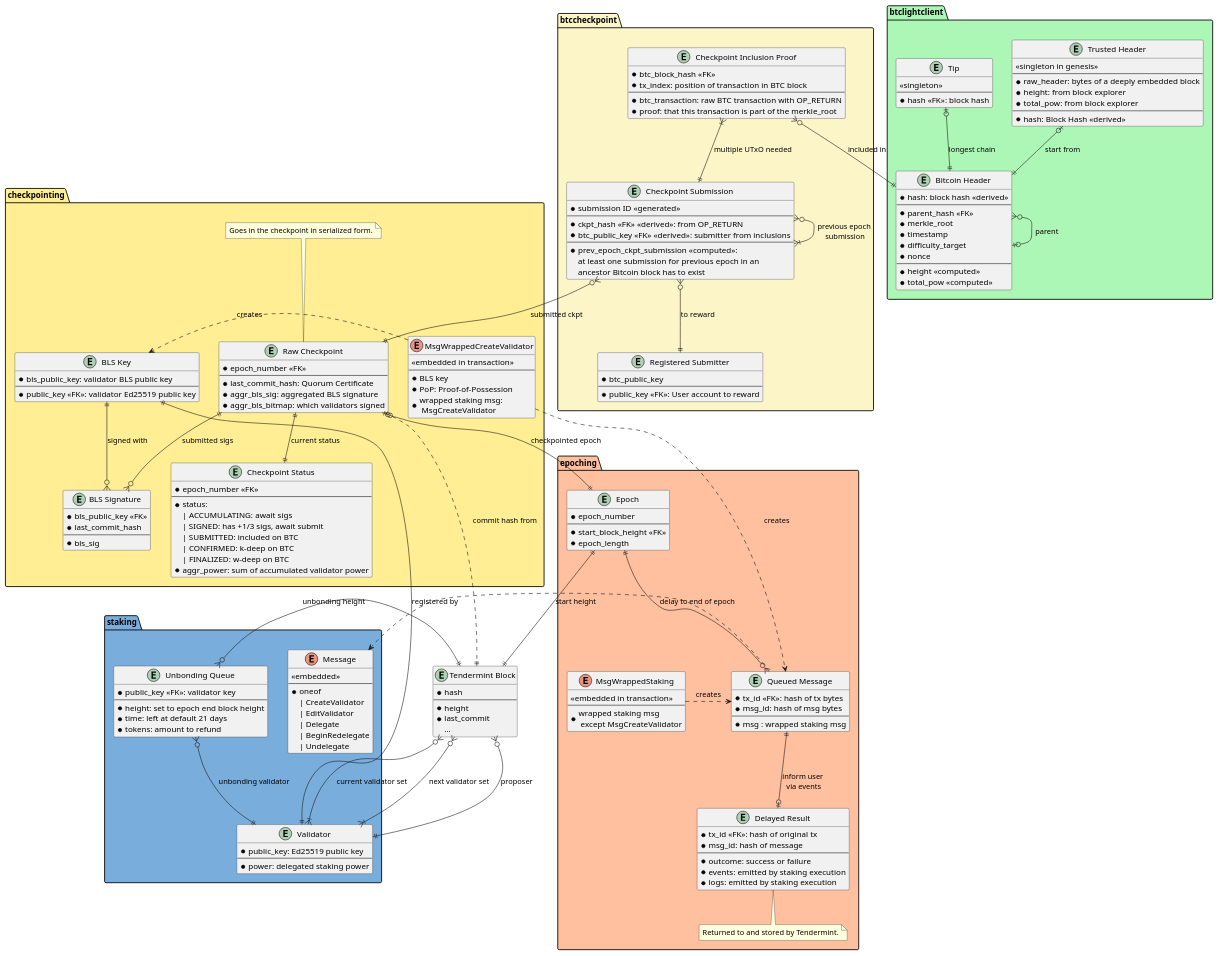
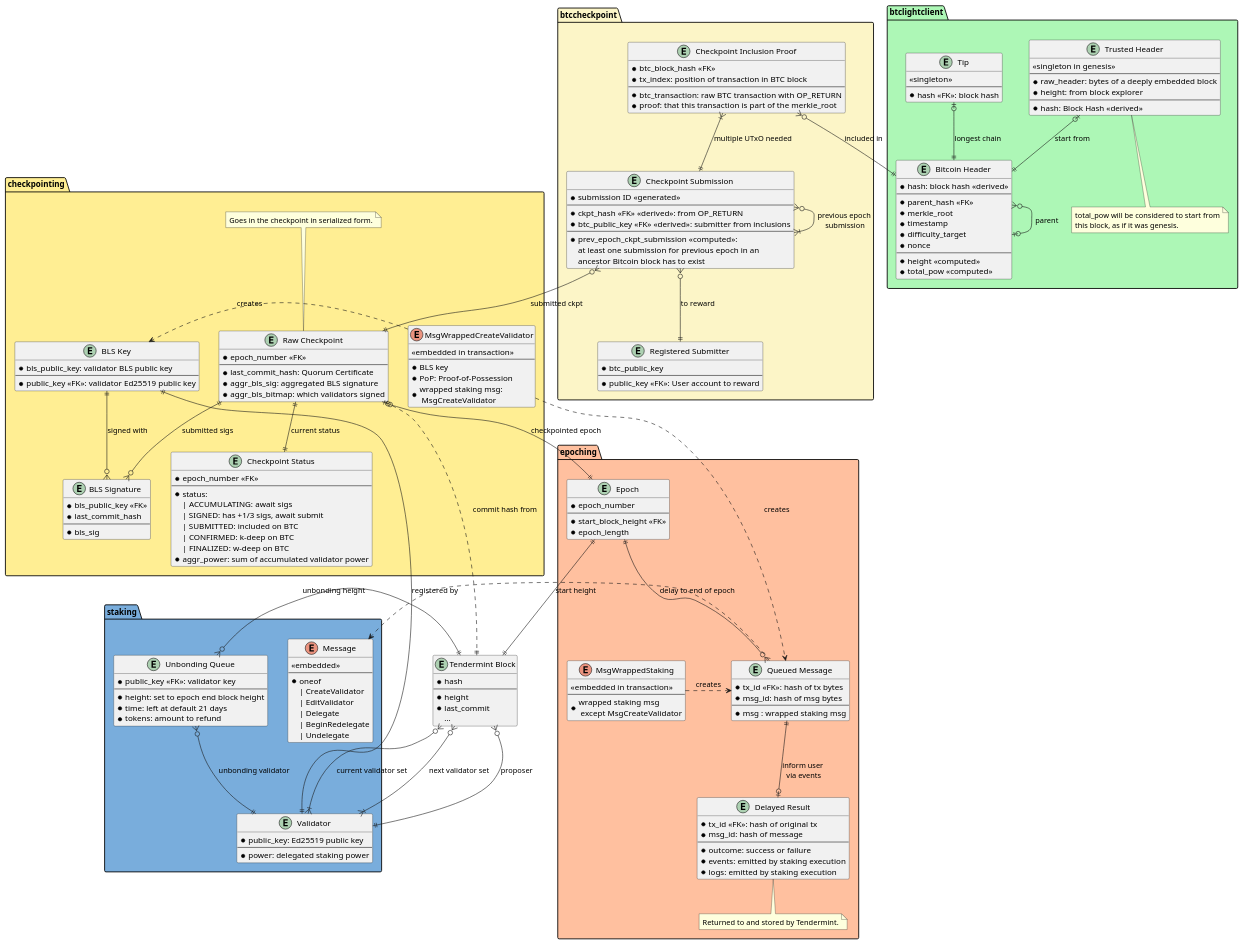
One commit to babylonchain/babylon changed the diagram in docs/diagrams/database_schema.puml. Above: the diagram before and after it, drawn with PlantUML. The commit also changed 1 other file, not shown here.

Commit message:
BM-60: Note about starting total PoW

```diff
--- a/docs/diagrams/database_schema.puml
+++ b/docs/diagrams/database_schema.puml
@@ -161,10 +161,13 @@
     --
     * raw_header: bytes of a deeply embedded block
     * height: from block explorer
-    * total_pow: from block explorer
     --
     * hash: Block Hash <<derived>>
   }
+  note bottom
+    total_pow will be considered to start from
+    this block, as if it was genesis.
+  end note
 
   entity "Tip" as btc_tip {
     <<singleton>>
```
